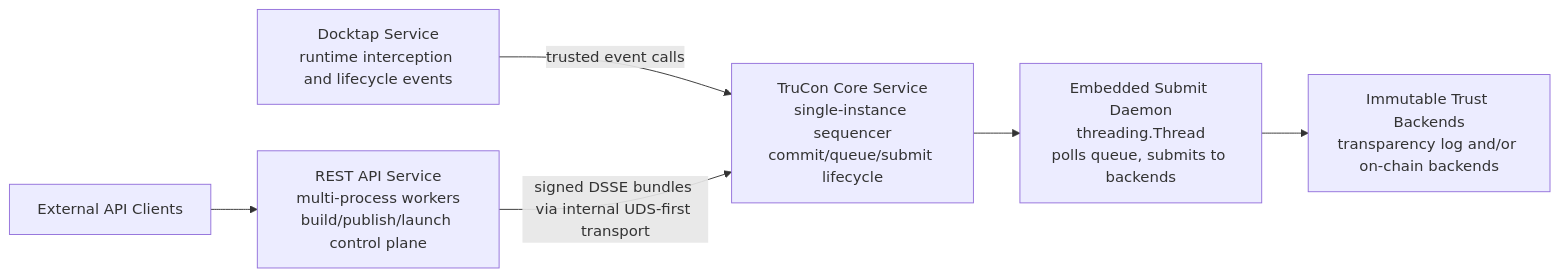
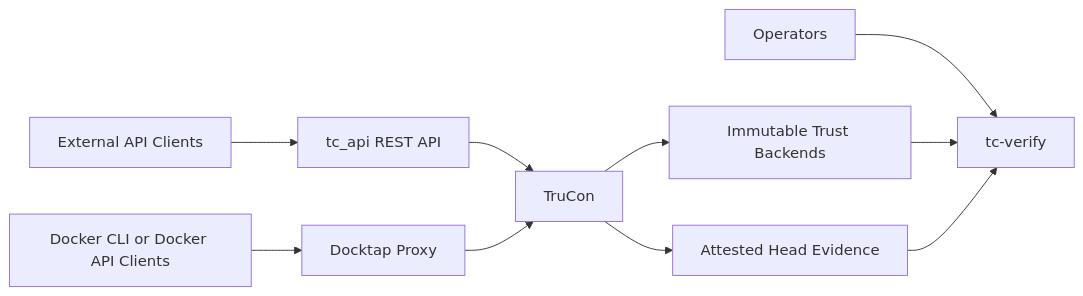
The first of 5 diagrams in docs/architecture.md (intel/confidential-computing-zoo), drawn with Mermaid before and after one commit. The commit also changed other lines of this file, not shown here.

Commit message:
Update architecture graph

````diff
--- a/docs/architecture.md
+++ b/docs/architecture.md
@@ -35,10 +35,13 @@
 ```mermaid
 flowchart LR
-  clients[External API Clients] --> rest[REST API Service<br/>multi-process workers<br/>build/publish/launch control plane]
+  clients[External API Clients] --> rest[tc_api REST API]
+  dockercli[Docker CLI or Docker API Clients] --> docktap[Docktap Proxy]
+  rest --> trucon[TruCon]
+  docktap --> trucon
+  trucon --> backends[Immutable Trust Backends]
 
-  docktap[Docktap Service<br/>runtime interception and lifecycle events] -->|trusted event calls| trucon[TruCon Core Service<br/>single-instance sequencer<br/>commit/queue/submit lifecycle]
-
-  rest -->|signed DSSE bundles via internal UDS-first transport| trucon
-  trucon --> daemon[Embedded Submit Daemon<br/>threading.Thread<br/>polls queue, submits to backends]
-  daemon --> backends[Immutable Trust Backends<br/>transparency log and/or on-chain backends]
+  operators[Operators] --> tcverify[tc-verify]
+  backends --> tcverify
+  trucon --> evidence[Attested Head Evidence]
+  evidence --> tcverify
 ```
````
